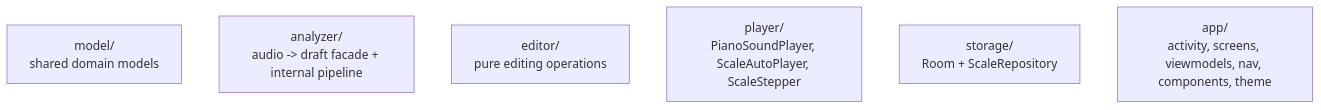
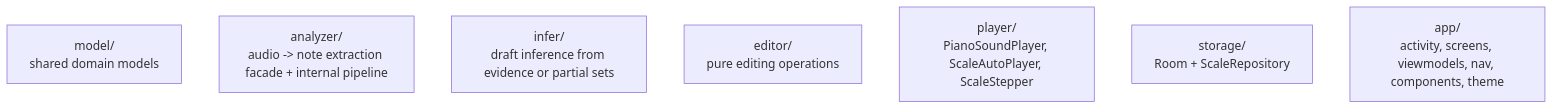
The third of 5 diagrams in docs/architecture/overview.md (robertdyr/skales-v1), drawn with Mermaid before and after one commit. The commit also changed other lines of this file and 34 other files, not shown here.

````diff
--- a/docs/architecture/overview.md
+++ b/docs/architecture/overview.md
@@ -87,9 +92,10 @@
 ```mermaid
 flowchart TD
     Model["model/<br/>shared domain models"]
-    AnalyzerPkg["analyzer/<br/>audio -> draft facade + internal pipeline"]
+    AnalyzerPkg["analyzer/<br/>audio -> note extraction facade + internal pipeline"]
+    InferPkg["infer/<br/>draft inference from evidence or partial sets"]
     EditorPkg["editor/<br/>pure editing operations"]
     PlayerPkg["player/<br/>PianoSoundPlayer, ScaleAutoPlayer, ScaleStepper"]
     StoragePkg["storage/<br/>Room + ScaleRepository"]
     AppPkg["app/<br/>activity, screens, viewmodels, nav, components, theme"]
 ```
````
